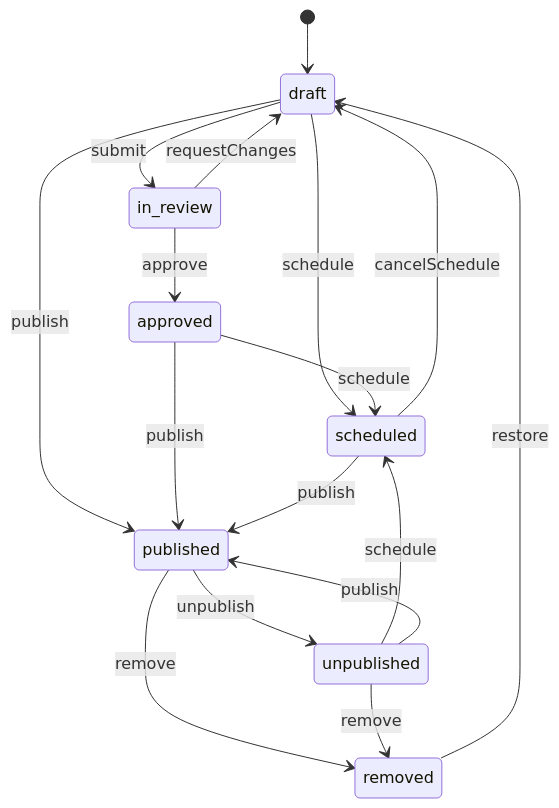
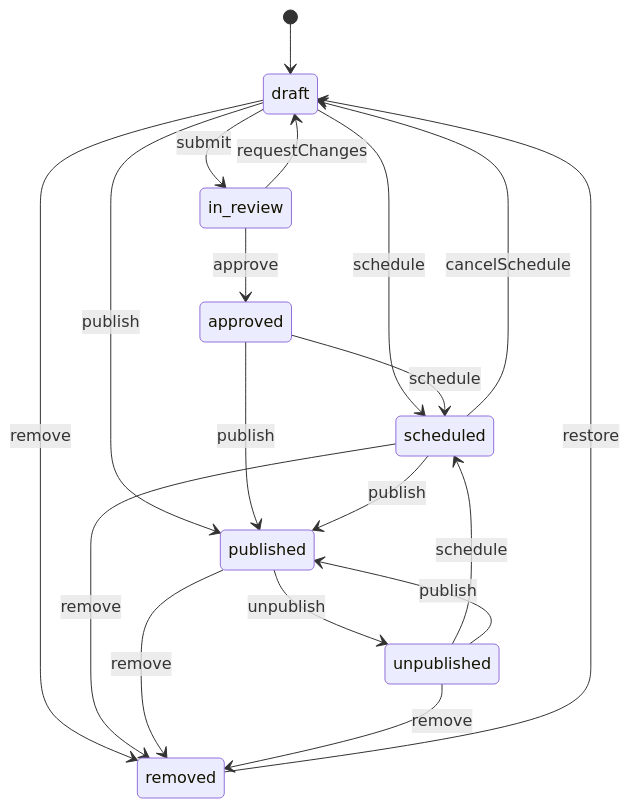
The first of 2 diagrams in backend/src/modules/content/README.md (Virus-777/ecommerce), drawn with Mermaid before and after one commit. The commit also changed other lines of this file and 111 other files, not shown here.

Commit message:
chore(pass 4): regenerate code, API reference and GraphQL from the merged spec

````diff
--- a/backend/src/modules/content/README.md
+++ b/backend/src/modules/content/README.md
@@ -772,19 +775,21 @@
 ```mermaid
 stateDiagram-v2
   [*] --> draft
   draft --> in_review: submit
   in_review --> approved: approve
   in_review --> draft: requestChanges
   draft --> scheduled: schedule
   approved --> scheduled: schedule
   draft --> published: publish
   approved --> published: publish
   scheduled --> published: publish
   scheduled --> draft: cancelSchedule
   published --> unpublished: unpublish
+  draft --> removed: remove
+  scheduled --> removed: remove
   published --> removed: remove
   unpublished --> scheduled: schedule
   unpublished --> published: publish
   unpublished --> removed: remove
   removed --> draft: restore
 ```
````
